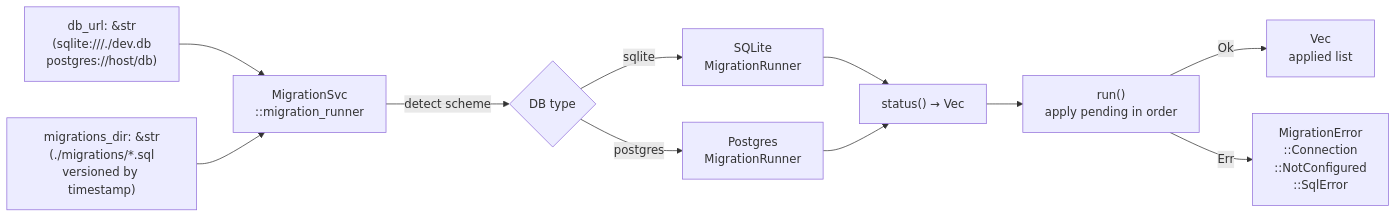
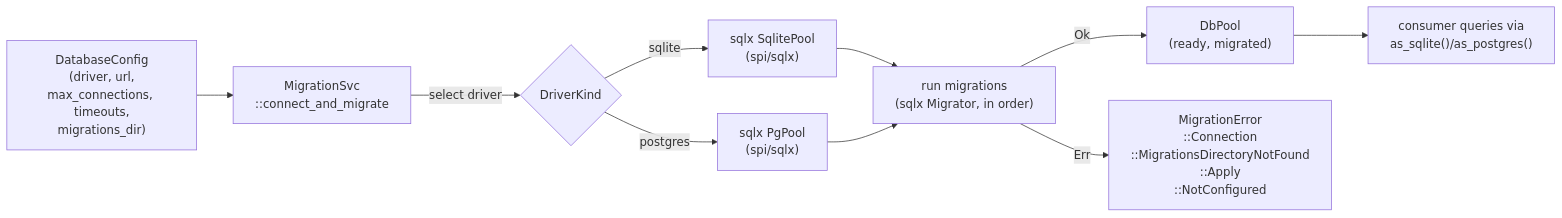
One commit to sweengineeringlabs/edge-egress-database changed the second of 2 diagrams in scm/docs/architecture.md. Above: the diagram before and after it, drawn with Mermaid. The commit also changed other lines of this file and 29 other files, not shown here.

````diff
--- a/scm/docs/architecture.md
+++ b/scm/docs/architecture.md
@@ -39,16 +33,16 @@
 ```mermaid
 flowchart LR
-    A["db_url: &str\n(sqlite:///./dev.db\npostgres://host/db)"] --> B["MigrationSvc\n::migration_runner"]
-    C["migrations_dir: &str\n(./migrations/*.sql\nversioned by timestamp)"] --> B
+    A["DatabaseConfig\n(driver, url,\nmax_connections, timeouts,\nmigrations_dir)"] --> B["MigrationSvc\n::connect_and_migrate"]
 
-    B -->|detect scheme| D{DB type}
-    D -->|sqlite| E["SQLite\nMigrationRunner"]
-    D -->|postgres| F["Postgres\nMigrationRunner"]
+    B -->|select driver| D{DriverKind}
+    D -->|sqlite| E["sqlx SqlitePool\n(spi/sqlx)"]
+    D -->|postgres| F["sqlx PgPool\n(spi/sqlx)"]
 
-    E --> G["status() → Vec<MigrationStatus>"]
+    E --> G["run migrations\n(sqlx Migrator, in order)"]
     F --> G
 
-    G --> H["run()\napply pending in order"]
-    H -->|Ok| I["Vec<Migration>\napplied list"]
-    H -->|Err| J["MigrationError\n::Connection\n::NotConfigured\n::SqlError"]
+    G -->|Ok| I["DbPool\n(ready, migrated)"]
+    G -->|Err| J["MigrationError\n::Connection\n::MigrationsDirectoryNotFound\n::Apply\n::NotConfigured"]
+
+    I --> K["consumer queries via\nas_sqlite()/as_postgres()"]
 ```
````
